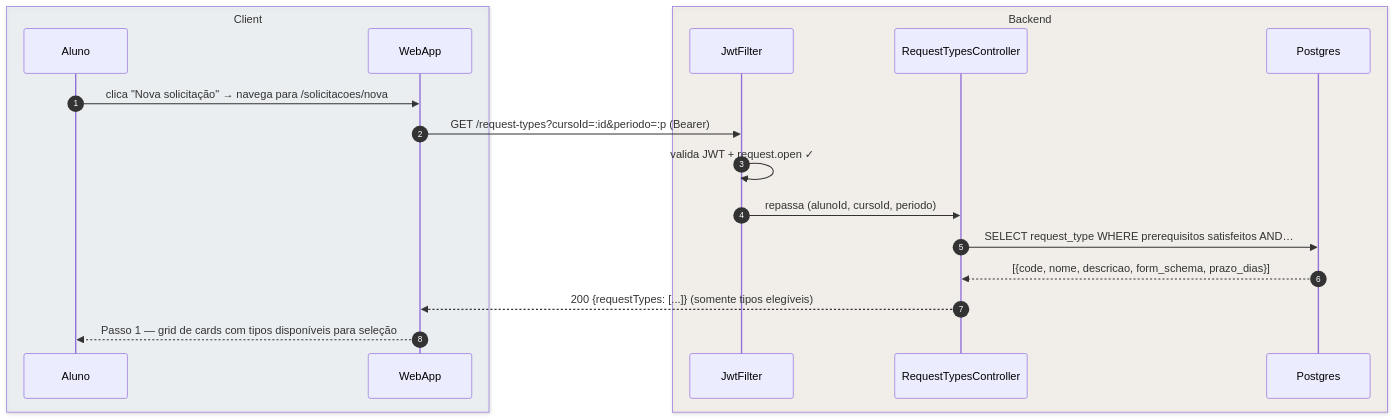
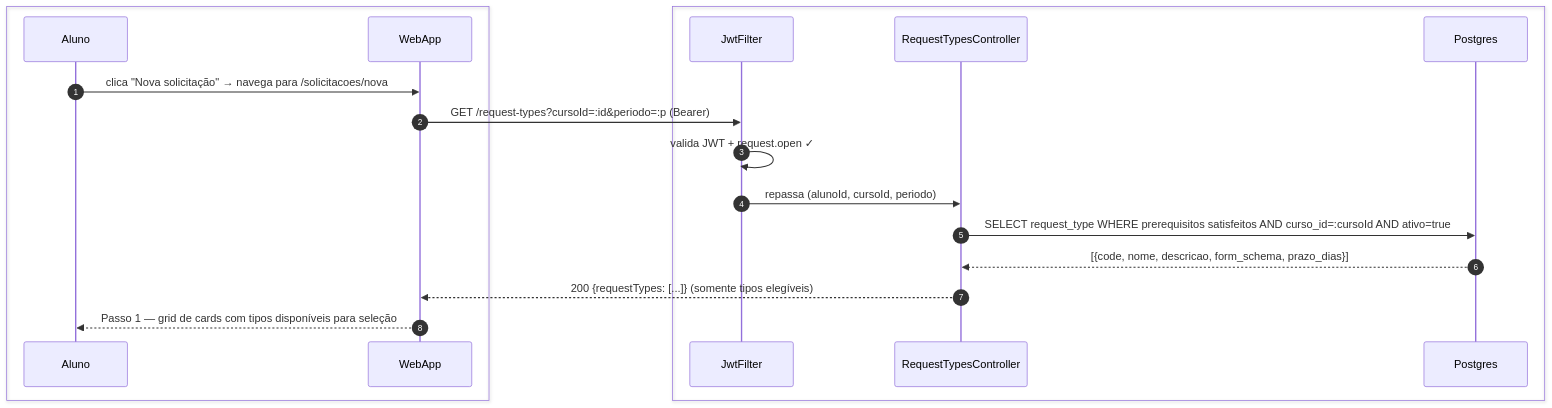
One commit to umishell/secretariaOnline2 changed the second of 8 diagrams in foundationDocs/sequenceDiagrams/F1 — Aluno/US-F1-005-SOLICITACOES.md. Above: the diagram before and after it, drawn with Mermaid. The commit also changed other lines of this file and 70 other files, not shown here.

First line of the commit message:
Enhance database documentation and introduce new schema files

````diff
--- a/foundationDocs/sequenceDiagrams/F1 — Aluno/US-F1-005-SOLICITACOES.md
+++ b/foundationDocs/sequenceDiagrams/F1 — Aluno/US-F1-005-SOLICITACOES.md
@@ -104,22 +104,22 @@
 ```mermaid
 sequenceDiagram
     autonumber
-    box rgba(230,245,255,0.3) Client
+    box #e8f4fc Cliente
         participant Aluno
         participant WebApp
     end
-    box rgba(255,245,230,0.3) Backend
+    box #fff8ee Servidor
         participant JwtFilter
         participant RequestTypesController
         participant Postgres
     end
 
     Aluno->>WebApp: clica "Nova solicitação" → navega para /solicitacoes/nova
     WebApp->>JwtFilter: GET /request-types?cursoId=:id&periodo=:p (Bearer)
     JwtFilter->>JwtFilter: valida JWT + request.open ✓
     JwtFilter->>RequestTypesController: repassa (alunoId, cursoId, periodo)
-    RequestTypesController->>Postgres: SELECT request_type WHERE prerequisitos satisfeitos AND…
+    RequestTypesController->>Postgres: SELECT request_type WHERE prerequisitos satisfeitos AND curso_id=:cursoId AND ativo=true
     Postgres-->>RequestTypesController: [{code, nome, descricao, form_schema, prazo_dias}]
     RequestTypesController-->>WebApp: 200 {requestTypes: [...]} (somente tipos elegíveis)
     WebApp-->>Aluno: Passo 1 — grid de cards com tipos disponíveis para seleção
 ```
````
